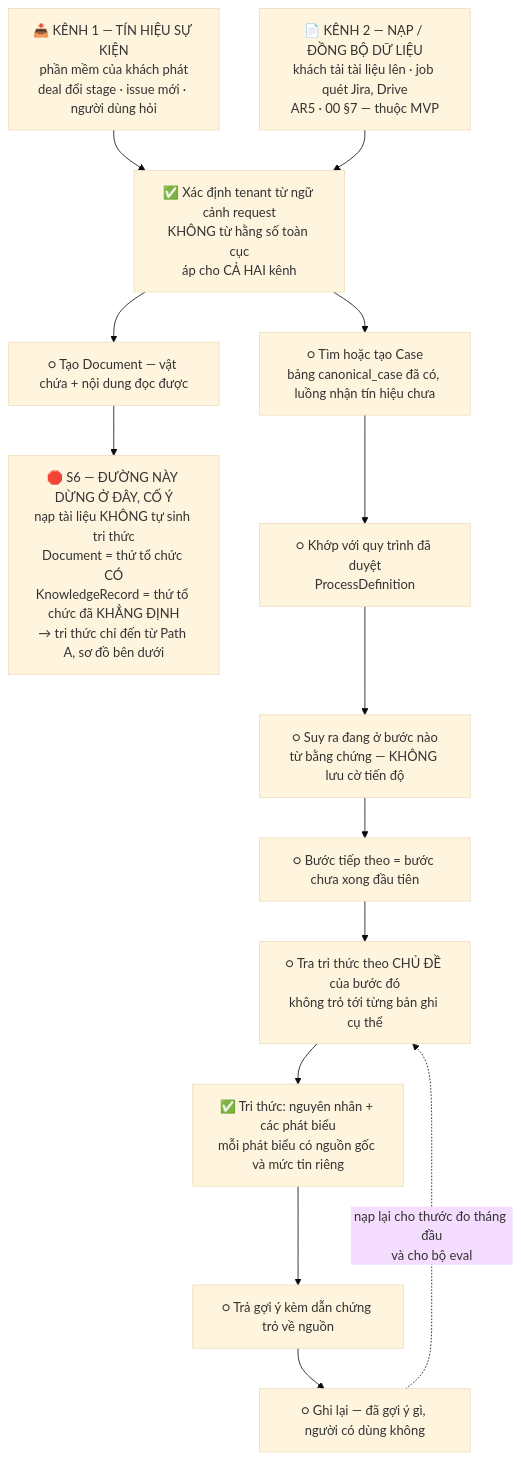
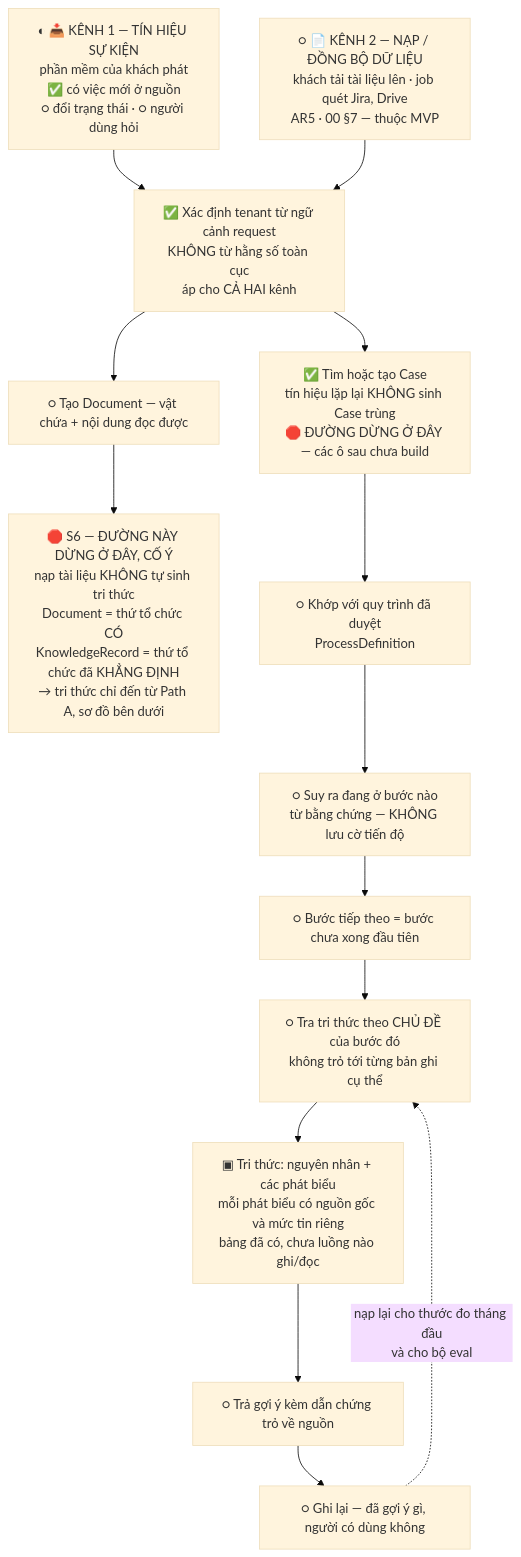
Before and after one commit to pvanh2706/ai-operational-platform: the first of 4 diagrams in README.md, drawn with Mermaid (base theme). The commit also changed other lines of this file and 12 other files, not shown here.

First line of the commit message:
Workstream 07: Kênh 1 — đường nhận tín hiệu, ô "tìm hoặc tạo Case" chạy được

````diff
--- a/README.md
+++ b/README.md
@@ -113,22 +147,22 @@
 ```mermaid
 flowchart TD
-    A["📥 KÊNH 1 — TÍN HIỆU SỰ KIỆN<br/>phần mềm của khách phát<br/>deal đổi stage · issue mới · người dùng hỏi"]
-    A2["📄 KÊNH 2 — NẠP / ĐỒNG BỘ DỮ LIỆU<br/>khách tải tài liệu lên · job quét Jira, Drive<br/>AR5 · 00 §7 — thuộc MVP"]
+    A["◐ 📥 KÊNH 1 — TÍN HIỆU SỰ KIỆN<br/>phần mềm của khách phát<br/>✅ có việc mới ở nguồn<br/>○ đổi trạng thái · ○ người dùng hỏi"]
+    A2["○ 📄 KÊNH 2 — NẠP / ĐỒNG BỘ DỮ LIỆU<br/>khách tải tài liệu lên · job quét Jira, Drive<br/>AR5 · 00 §7 — thuộc MVP"]
     B["✅ Xác định tenant từ ngữ cảnh request<br/>KHÔNG từ hằng số toàn cục<br/>áp cho CẢ HAI kênh"]
     K["○ Tạo Document — vật chứa + nội dung đọc được"]
     S6["🛑 S6 — ĐƯỜNG NÀY DỪNG Ở ĐÂY, CỐ Ý<br/>nạp tài liệu KHÔNG tự sinh tri thức<br/>Document = thứ tổ chức CÓ<br/>KnowledgeRecord = thứ tổ chức đã KHẲNG ĐỊNH<br/>→ tri thức chỉ đến từ Path A, sơ đồ bên dưới"]
-    C["○ Tìm hoặc tạo Case<br/>bảng canonical_case đã có, luồng nhận tín hiệu chưa"]
+    C["✅ Tìm hoặc tạo Case<br/>tín hiệu lặp lại KHÔNG sinh Case trùng<br/>🛑 ĐƯỜNG DỪNG Ở ĐÂY — các ô sau chưa build"]
     D["○ Khớp với quy trình đã duyệt<br/>ProcessDefinition"]
     E["○ Suy ra đang ở bước nào<br/>từ bằng chứng — KHÔNG lưu cờ tiến độ"]
     F["○ Bước tiếp theo = bước chưa xong đầu tiên"]
     G["○ Tra tri thức theo CHỦ ĐỀ của bước đó<br/>không trỏ tới từng bản ghi cụ thể"]
-    H["✅ Tri thức: nguyên nhân + các phát biểu<br/>mỗi phát biểu có nguồn gốc và mức tin riêng"]
+    H["▣ Tri thức: nguyên nhân + các phát biểu<br/>mỗi phát biểu có nguồn gốc và mức tin riêng<br/>bảng đã có, chưa luồng nào ghi/đọc"]
     I["○ Trả gợi ý kèm dẫn chứng trỏ về nguồn"]
     J["○ Ghi lại — đã gợi ý gì, người có dùng không"]
 
     A --> B
     A2 --> B
     B --> C --> D --> E --> F --> G --> H --> I --> J
     B --> K --> S6
     J -.->|"nạp lại cho thước đo tháng đầu<br/>và cho bộ eval"| G
 ```
````
